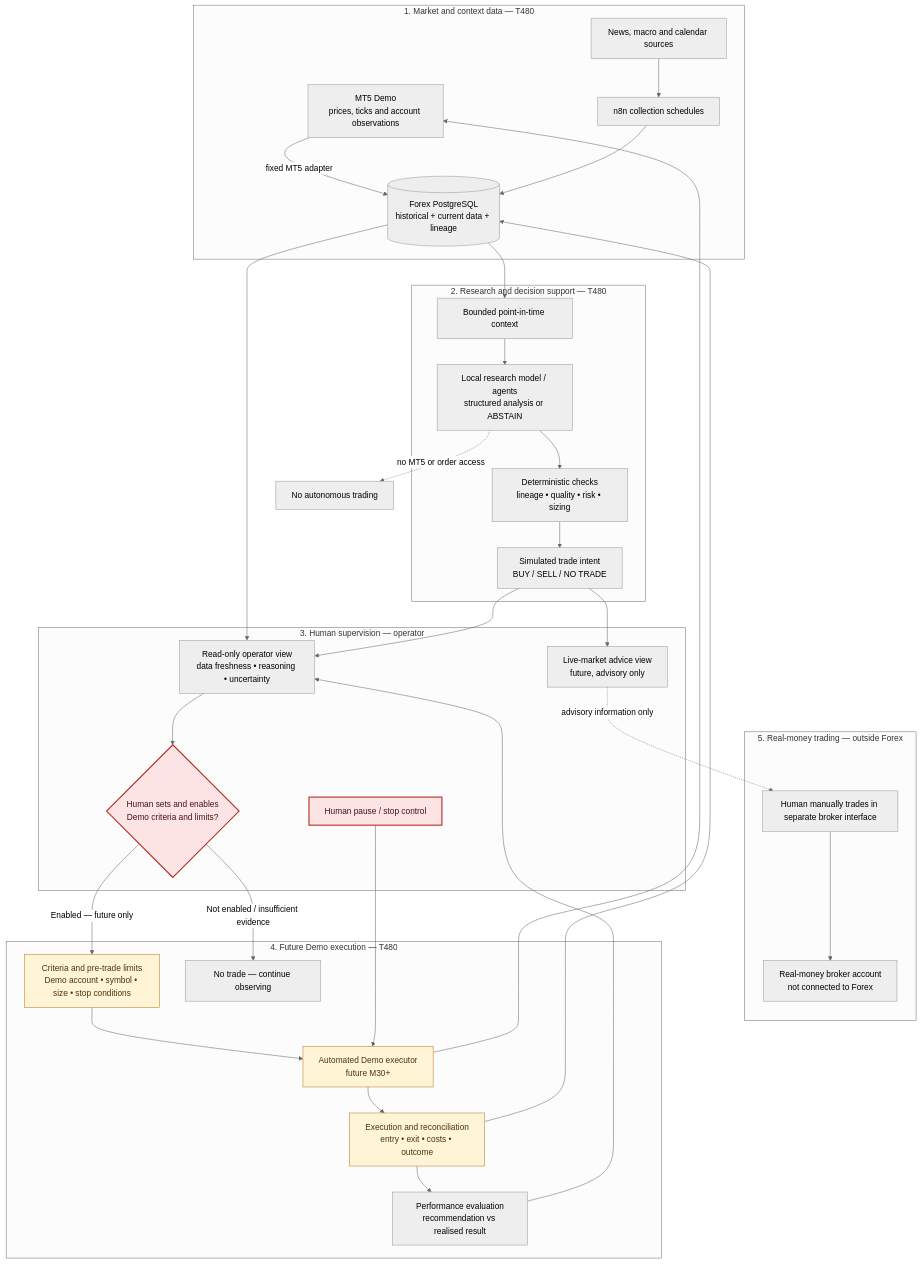
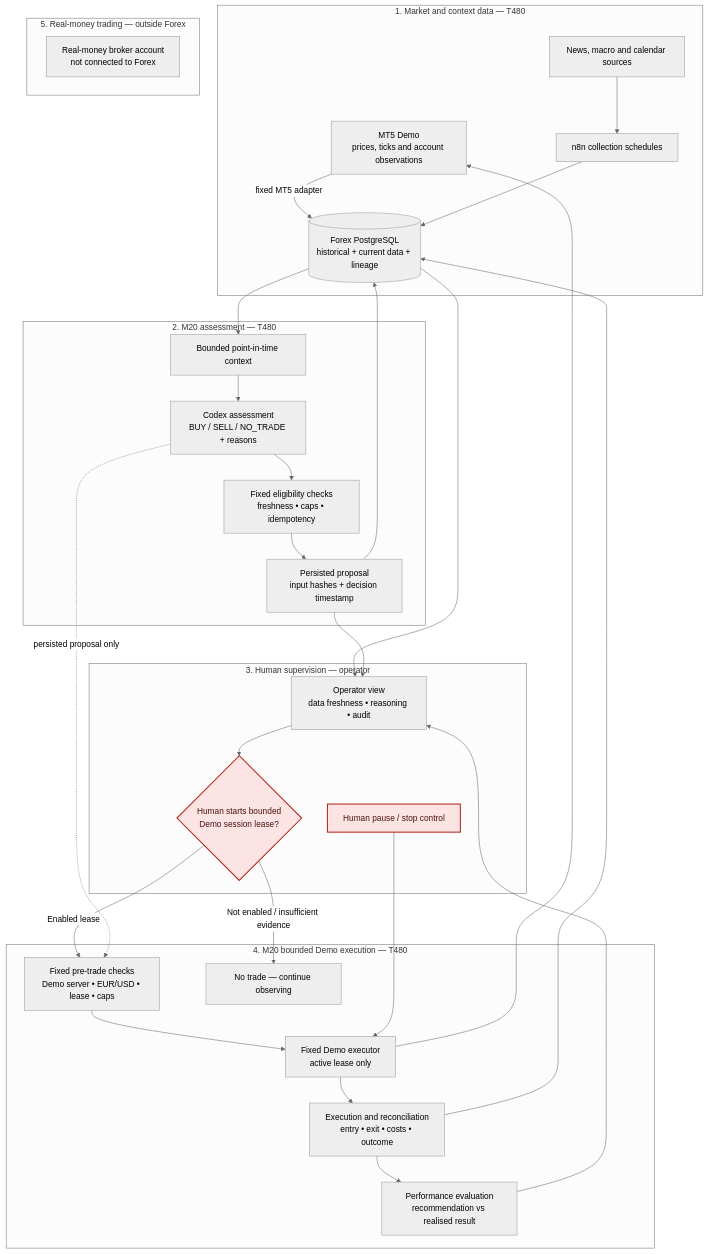
The diagram in docs/future_user_journey_architecture.md (successbycs/forex), drawn with Mermaid (neutral theme) before and after one commit. The commit also changed other lines of this file and 47 other files, not shown here.

Commit message:
Implement M20 Demo trading MVP remediation

````diff
--- a/docs/future_user_journey_architecture.md
+++ b/docs/future_user_journey_architecture.md
@@ -61,55 +76,48 @@
 ```mermaid
 flowchart TB
   subgraph data[1. Market and context data — T480]
     MT5[MT5 Demo\nprices, ticks and account observations]
     EXT[News, macro and calendar sources]
     N8N[n8n collection schedules]
     DB[(Forex PostgreSQL\nhistorical + current data + lineage)]
     MT5 -->|fixed MT5 adapter| DB
     EXT --> N8N --> DB
   end
 
-  subgraph research[2. Research and decision support — T480]
+  subgraph research[2. M20 assessment — T480]
     CTX[Bounded point-in-time context]
-    AGENT[Local research model / agents\nstructured analysis or ABSTAIN]
-    CHECKS[Deterministic checks\nlineage • quality • risk • sizing]
-    INTENT[Simulated trade intent\nBUY / SELL / NO TRADE]
-    DB --> CTX --> AGENT --> CHECKS --> INTENT
+    AGENT[Codex assessment\nBUY / SELL / NO_TRADE + reasons]
+    CHECKS[Fixed eligibility checks\nfreshness • caps • idempotency]
+    INTENT[Persisted proposal\ninput hashes + decision timestamp]
+    DB --> CTX --> AGENT --> CHECKS --> INTENT --> DB
   end
 
   subgraph operator[3. Human supervision — operator]
-    VIEW[Read-only operator view\ndata freshness • reasoning • uncertainty]
-    RULES{Human sets and enables\nDemo criteria and limits?}
+    VIEW[Operator view\ndata freshness • reasoning • audit]
+    RULES{Human starts bounded\nDemo session lease?}
     STOP[Human pause / stop control]
-    LIVEADVICE[Live-market advice view\nfuture, advisory only]
     DB --> VIEW
     INTENT --> VIEW --> RULES
-    INTENT --> LIVEADVICE
   end
 
   subgraph outside[5. Real-money trading — outside Forex]
-    HUMANLIVE[Human manually trades in separate broker interface]
     REAL[Real-money broker account\nnot connected to Forex]
-    HUMANLIVE --> REAL
-    LIVEADVICE -. advisory information only .-> HUMANLIVE
   end
 
-  subgraph execution[4. Future Demo execution — T480]
-    PRE[Criteria and pre-trade limits\nDemo account • symbol • size • stop conditions]
-    ACTION[Automated Demo executor\nfuture M30+]
+  subgraph execution[4. M20 bounded Demo execution — T480]
+    PRE[Fixed pre-trade checks\nDemo server • EUR/USD • lease • caps]
+    ACTION[Fixed Demo executor\nactive lease only]
     RESULT[Execution and reconciliation\nentry • exit • costs • outcome]
     SCORE[Performance evaluation\nrecommendation vs realised result]
-    RULES -->|Enabled — future only| PRE --> ACTION --> MT5
+    RULES -->|Enabled lease| PRE --> ACTION --> MT5
     ACTION --> RESULT --> DB
     RESULT --> SCORE --> VIEW
     RULES -->|Not enabled / insufficient evidence| WAIT[No trade — continue observing]
     STOP --> ACTION
   end
 
-  AGENT -. no MT5 or order access .-> BLOCK[No autonomous trading]
+  AGENT -. persisted proposal only .-> PRE
 
   classDef human fill:#fce4e4,stroke:#b42318,color:#4a1111,stroke-width:2px;
-  classDef future fill:#fff4d6,stroke:#b7791f,color:#4a3410;
   class RULES,STOP human;
-  class PRE,ACTION,RESULT future;
 ```
````
